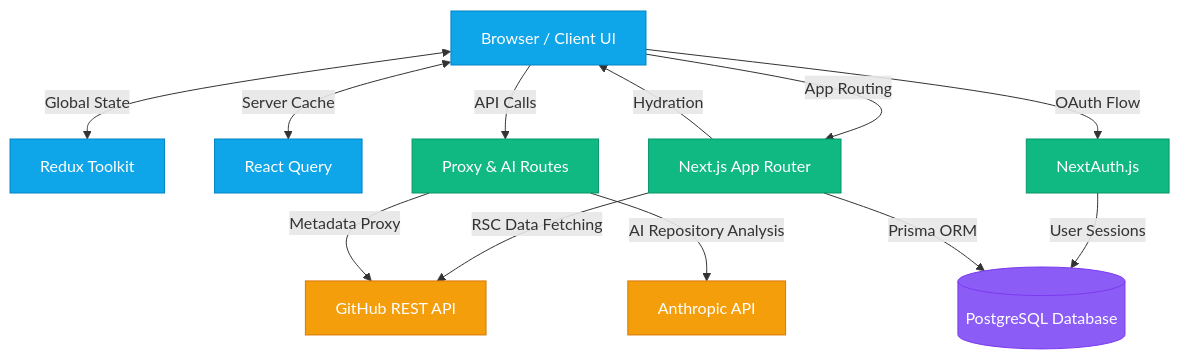
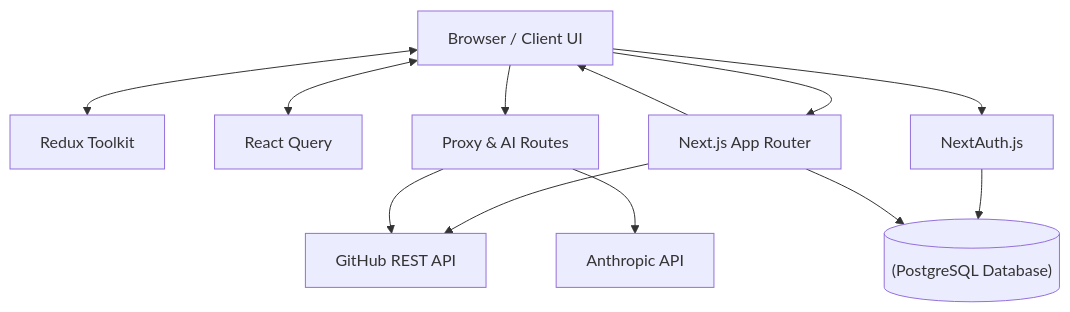
Before and after one commit to AshishLekhyani/GitScope: the diagram in README.md, drawn with Mermaid.

Commit message:
fix:remove colors from mermaid diagram

````diff
--- a/README.md
+++ b/README.md
@@ -94,37 +94,32 @@
 ```mermaid
 graph TD
-    classDef client fill:#0ea5e9,color:#fff,stroke:#0284c7
-    classDef server fill:#10b981,color:#fff,stroke:#059669
-    classDef external fill:#f59e0b,color:#fff,stroke:#d97706
-    classDef data fill:#8b5cf6,color:#fff,stroke:#7c3aed
+    CLIENT["Browser / Client UI"]
+    RTK["Redux Toolkit"]
+    RQ["React Query"]
+    
+    APP["Next.js App Router"]
+    API["Proxy & AI Routes"]
+    AUTH["NextAuth.js"]
+    
+    GH["GitHub REST API"]
+    AI["Anthropic API"]
+    
+    DB[("(PostgreSQL Database)")]
 
-    CLIENT["Browser / Client UI"]:::client
-    RTK["Redux Toolkit"]:::client
-    RQ["React Query"]:::client
+    CLIENT <--> RTK
+    CLIENT <--> RQ
     
-    APP["Next.js App Router"]:::server
-    API["Proxy & AI Routes"]:::server
-    AUTH["NextAuth.js"]:::server
+    CLIENT --> APP
+    CLIENT --> API
+    CLIENT --> AUTH
     
-    GH["GitHub REST API"]:::external
-    AI["Anthropic API"]:::external
+    AUTH --> DB
     
-    DB[(PostgreSQL Database)]:::data
-
-    CLIENT <-->|Global State| RTK
-    CLIENT <-->|Server Cache| RQ
+    APP --> GH
+    APP --> DB
     
-    CLIENT -->|App Routing| APP
-    CLIENT -->|API Calls| API
-    CLIENT -->|OAuth Flow| AUTH
+    API --> GH
+    API --> AI
     
-    AUTH -->|User Sessions| DB
-    
-    APP -->|RSC Data Fetching| GH
-    APP -->|Prisma ORM| DB
-    
-    API -->|Metadata Proxy| GH
-    API -->|AI Repository Analysis| AI
-    
-    APP -->|Hydration| CLIENT
+    APP --> CLIENT
 ```
````
